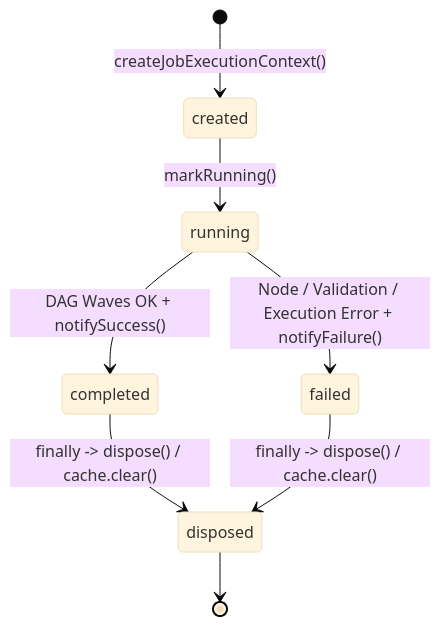
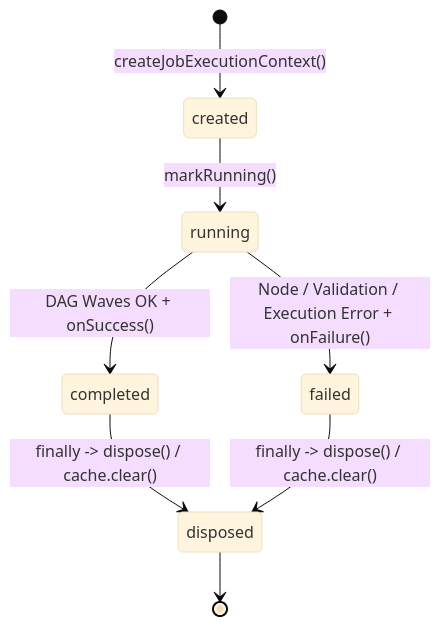
One commit to jihedchaabani4-cloud/openArtServerAPI changed the third of 3 diagrams in docs/architecture/GENERATION_SYSTEM_ARCHITECTURE.md. Above: the diagram before and after it, drawn with Mermaid (base theme). The commit also changed other lines of this file and 185 other files, not shown here.

````diff
--- a/docs/architecture/GENERATION_SYSTEM_ARCHITECTURE.md
+++ b/docs/architecture/GENERATION_SYSTEM_ARCHITECTURE.md
@@ -175,10 +168,10 @@
 ```mermaid
 stateDiagram-v2
     [*] --> created: createJobExecutionContext()
     created --> running: markRunning()
-    running --> completed: DAG Waves OK + notifySuccess()
-    running --> failed: Node / Validation / Execution Error + notifyFailure()
+    running --> completed: DAG Waves OK + onSuccess()
+    running --> failed: Node / Validation / Execution Error + onFailure()
     completed --> disposed: finally -> dispose() / cache.clear()
     failed --> disposed: finally -> dispose() / cache.clear()
     disposed --> [*]
 ```
````
